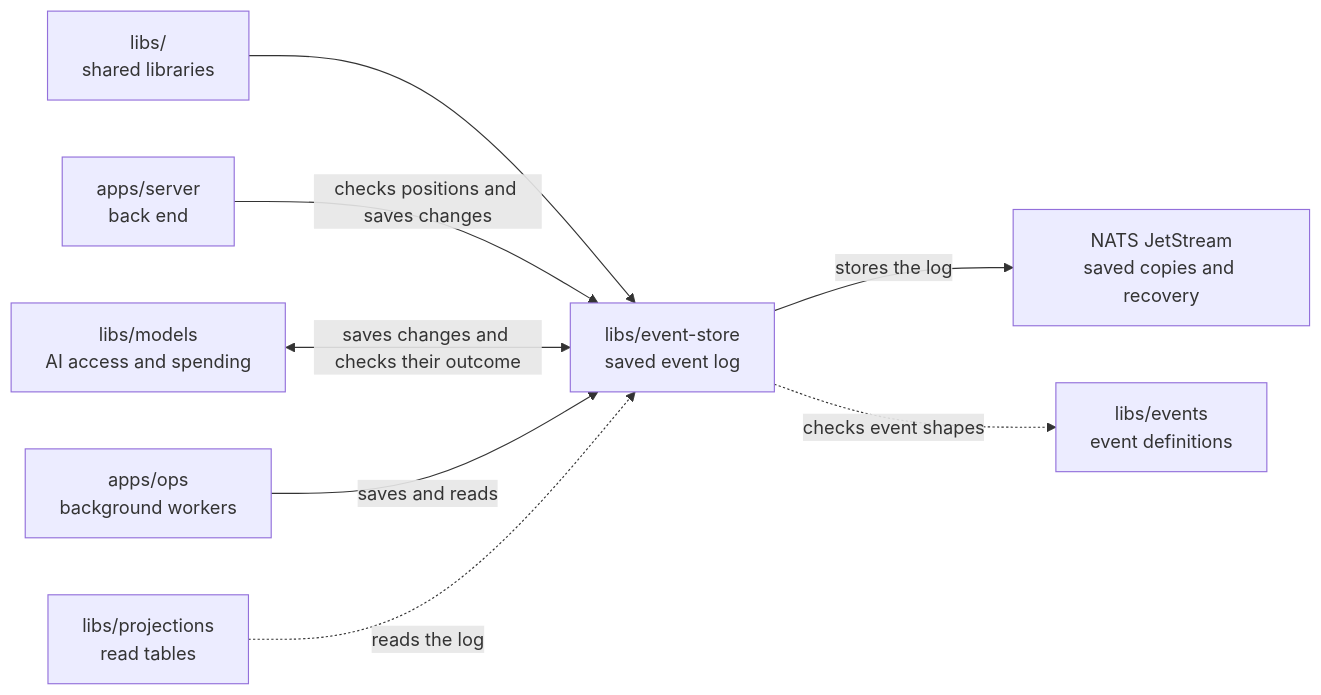
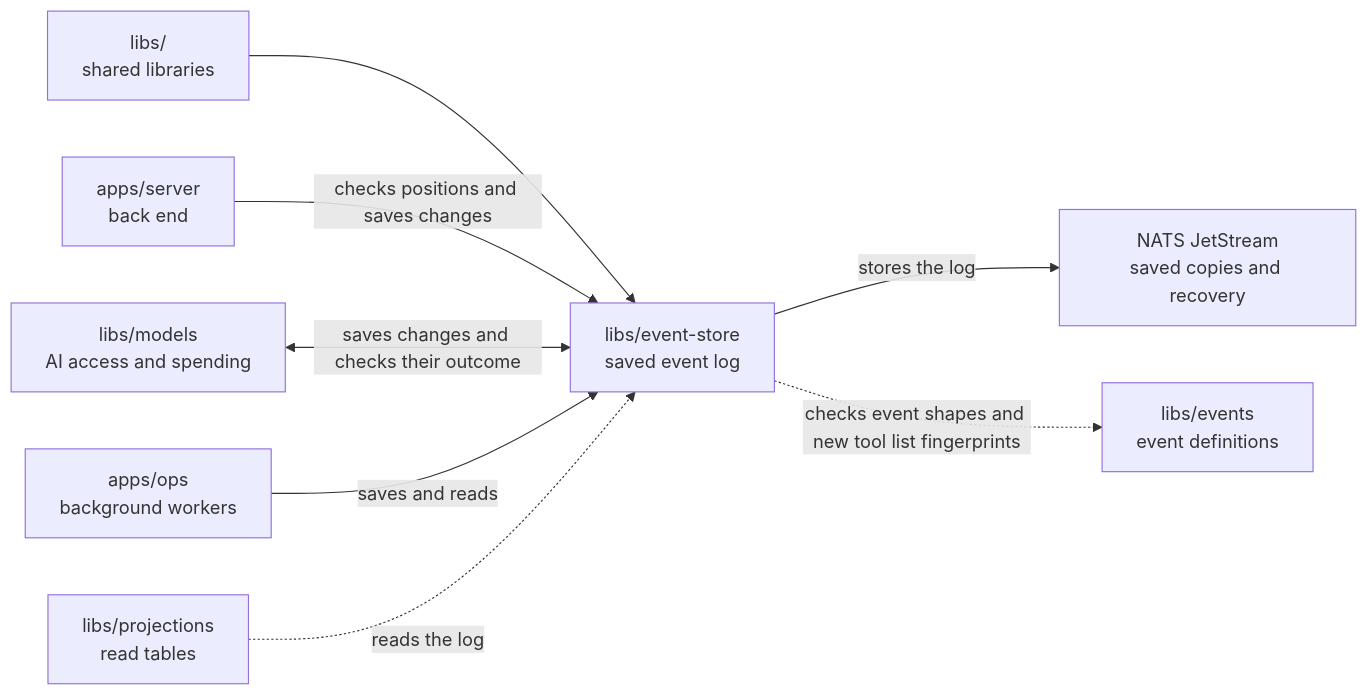
One commit to elewa-git/opencrane-new changed the diagram in libs/event-store/README.md. Above: the diagram before and after it, drawn with Mermaid. The commit also changed other lines of this file and 8 other files, not shown here.

````diff
--- a/libs/event-store/README.md
+++ b/libs/event-store/README.md
@@ -23,10 +23,10 @@
 ```mermaid
 flowchart LR
   parent["libs/<br/>shared libraries"] --> store["libs/event-store<br/>saved event log"]
   server["apps/server<br/>back end"] -->|checks positions and saves changes| store
   models["libs/models<br/>AI access and spending"] <-->|saves changes and checks their outcome| store
   ops["apps/ops<br/>background workers"] -->|saves and reads| store
   projections["libs/projections<br/>read tables"] -.->|reads the log| store
   store -->|stores the log| nats["NATS JetStream<br/>saved copies and recovery"]
-  store -.->|checks event shapes| events["libs/events<br/>event definitions"]
+  store -.->|checks event shapes and new tool list fingerprints| events["libs/events<br/>event definitions"]
 ```
````
